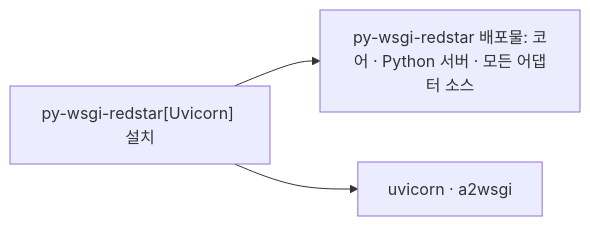
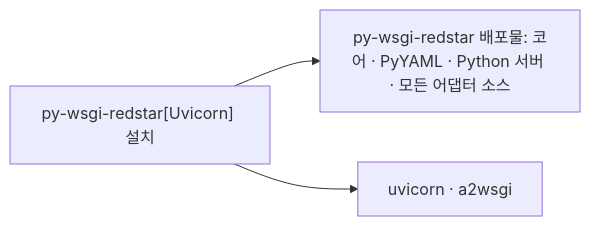
One commit to yong5eon/RedStar changed the diagram in docs/Packaging.md. Above: the diagram before and after it, drawn with Mermaid. The commit also changed other lines of this file and 15 other files, not shown here.

````diff
--- a/docs/Packaging.md
+++ b/docs/Packaging.md
@@ -18,5 +18,5 @@
 ```mermaid
 flowchart LR
-  A["py-wsgi-redstar[Uvicorn] 설치"] --> B["py-wsgi-redstar 배포물: 코어 · Python 서버 · 모든 어댑터 소스"]
+  A["py-wsgi-redstar[Uvicorn] 설치"] --> B["py-wsgi-redstar 배포물: 코어 · PyYAML · Python 서버 · 모든 어댑터 소스"]
   A --> C["uvicorn · a2wsgi"]
 ```
````
